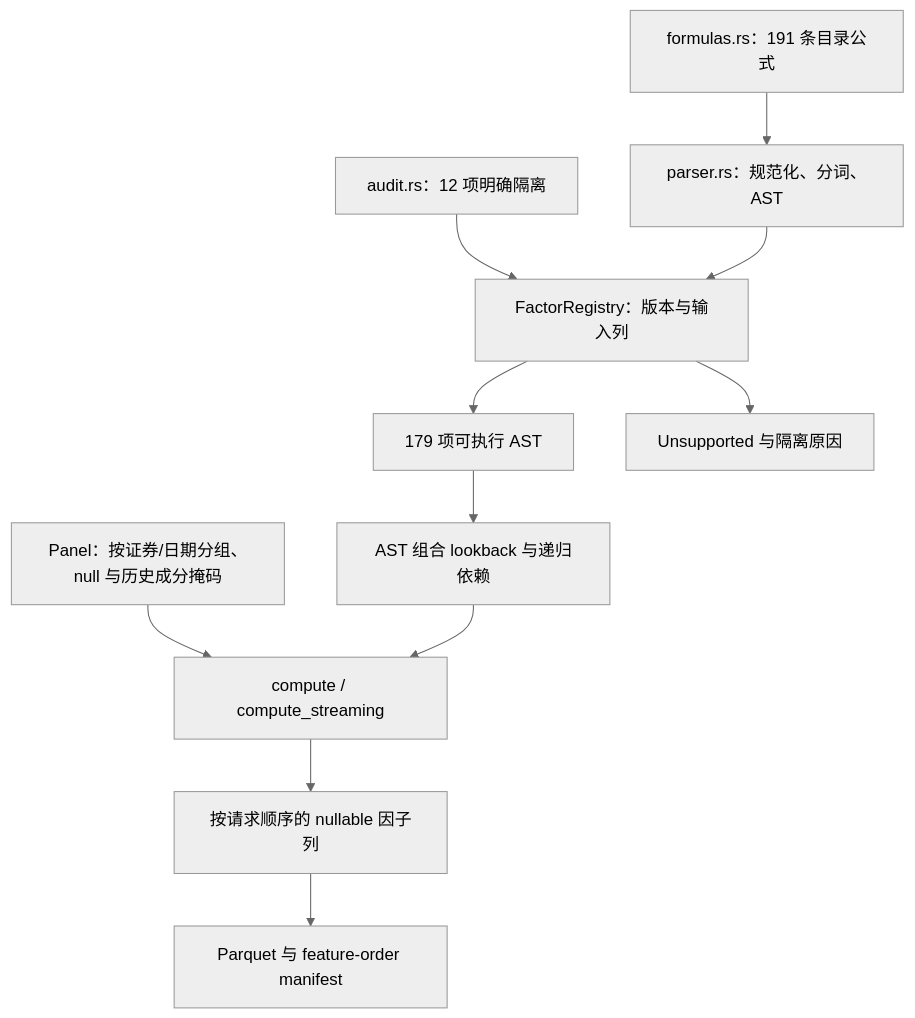
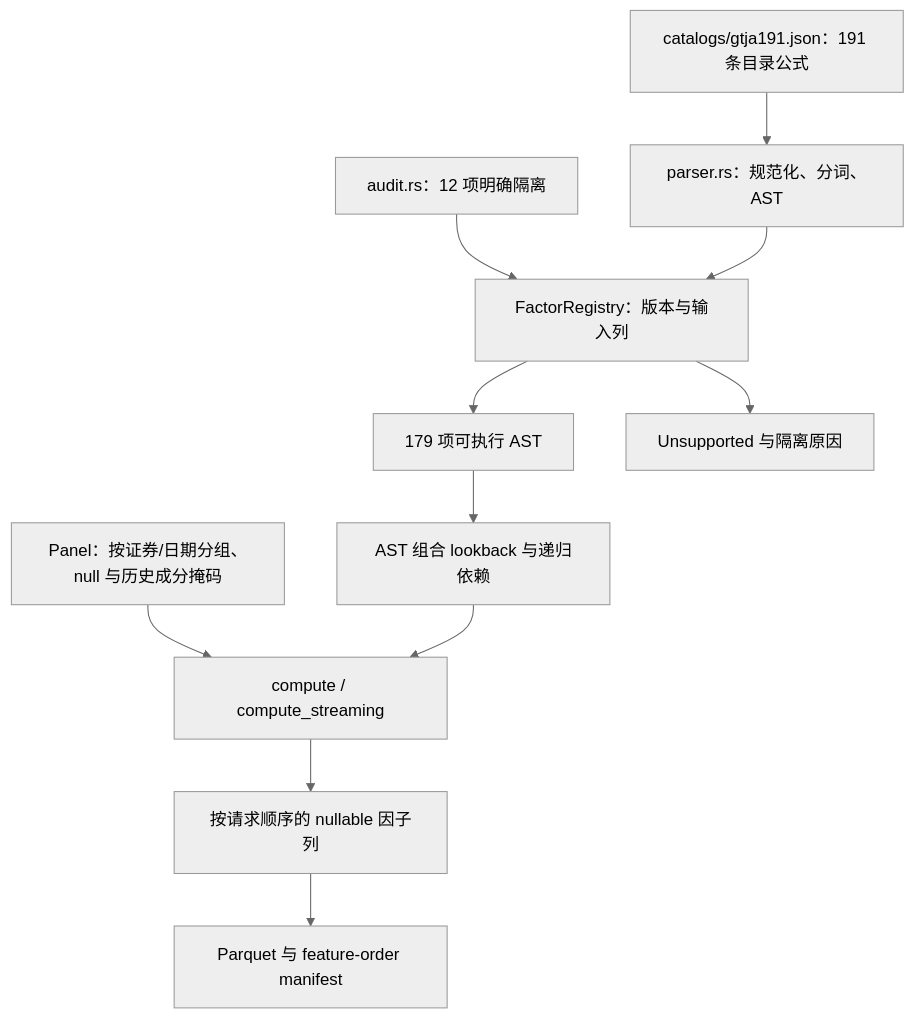
Before and after one commit to Dennishaha/JFQuant: the first of 2 diagrams in crates/factor/src/README.md, drawn with Mermaid (neutral theme). The commit also changed other lines of this file and 52 other files, not shown here.

````diff
--- a/crates/factor/src/README.md
+++ b/crates/factor/src/README.md
@@ -16,13 +16,13 @@
 ```mermaid
 flowchart TD
-  FORM["formulas.rs：191 条目录公式"] --> PARSE["parser.rs：规范化、分词、AST"]
+  FORM["catalogs/gtja191.json：191 条目录公式"] --> PARSE["parser.rs：规范化、分词、AST"]
   AUDIT["audit.rs：12 项明确隔离"] --> REG["FactorRegistry：版本与输入列"]
   PARSE --> REG
   REG --> READY["179 项可执行 AST"]
   REG --> STOP["Unsupported 与隔离原因"]
   READY --> META["AST 组合 lookback 与递归依赖"]
   PANEL["Panel：按证券/日期分组、null 与历史成分掩码"] --> EXEC["compute / compute_streaming"]
   META --> EXEC
   EXEC --> COLS["按请求顺序的 nullable 因子列"]
   COLS --> OUTPUT["Parquet 与 feature-order manifest"]
 ```
````
